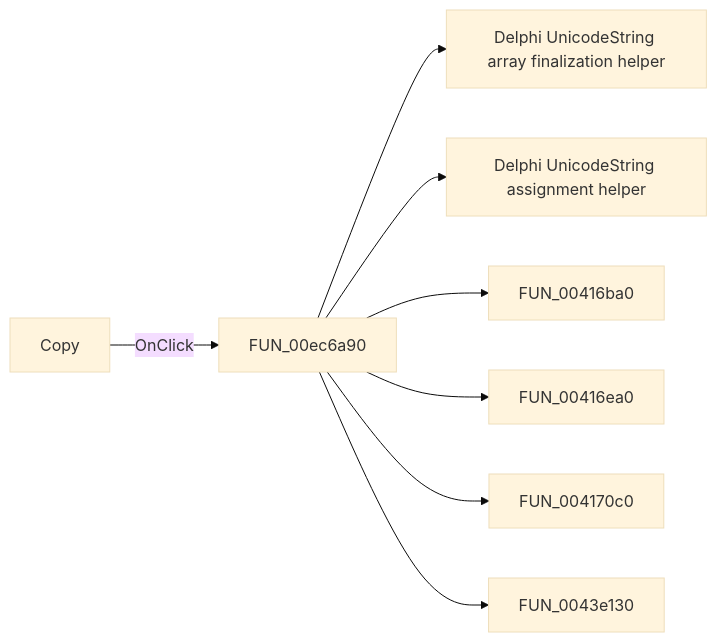
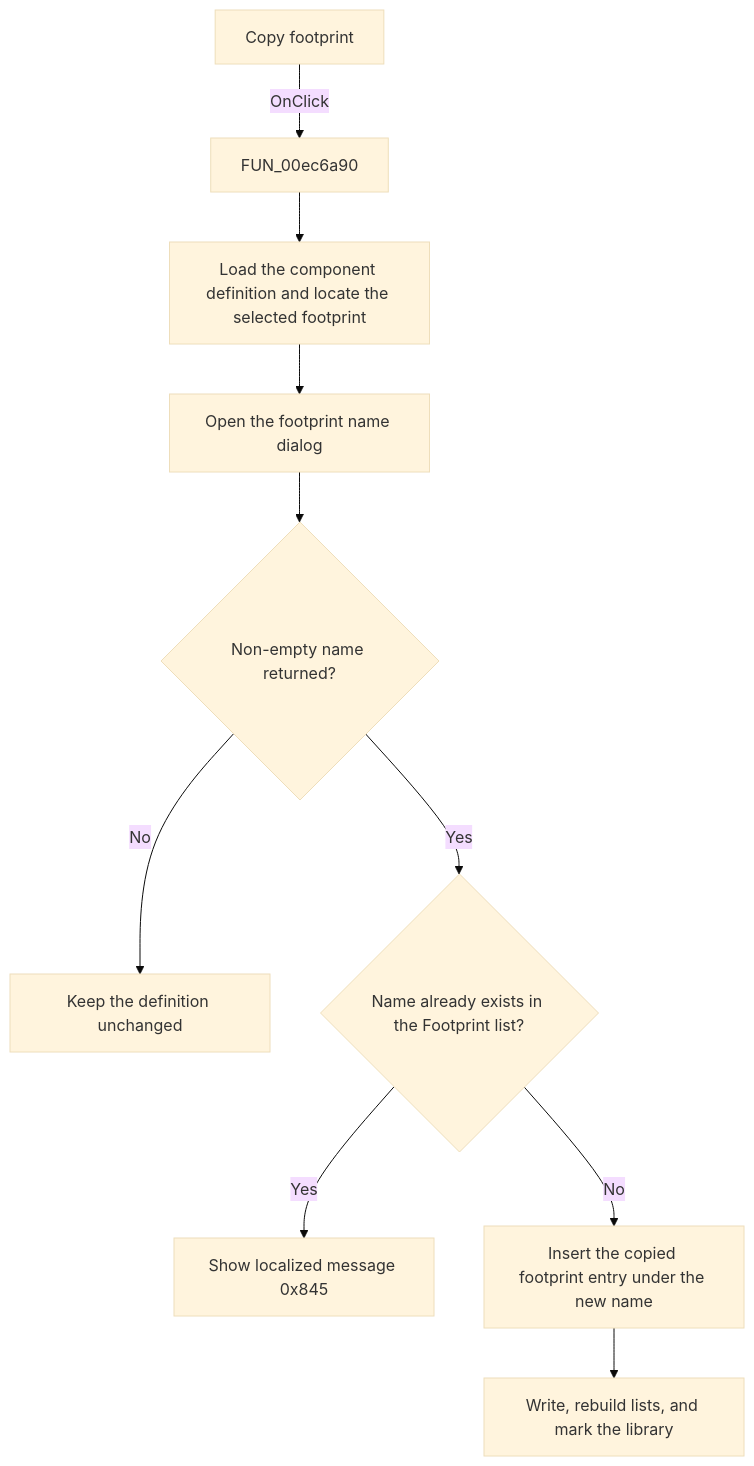
The diagram in docs/ui-controls/pcbform4/btnclonemodule-0b87bce685.md (MovGP0/TIARA), drawn with Mermaid (base theme) before and after one commit. The commit also changed other lines of this file and 1062 other files, not shown here.

````diff
--- a/docs/ui-controls/pcbform4/btnclonemodule-0b87bce685.md
+++ b/docs/ui-controls/pcbform4/btnclonemodule-0b87bce685.md
@@ -27,10 +31,12 @@
 ```mermaid
-flowchart LR
-    control["Copy"] -->|OnClick| handler["FUN_00ec6a90"]
-    handler --> call1["Delphi UnicodeString array finalization helper"]
-    handler --> call2["Delphi UnicodeString assignment helper"]
-    handler --> call3["FUN_00416ba0"]
-    handler --> call4["FUN_00416ea0"]
-    handler --> call5["FUN_004170c0"]
-    handler --> call6["FUN_0043e130"]
+flowchart TD
+    control["Copy footprint"] -->|OnClick| handler["FUN_00ec6a90"]
+    handler --> locate["Load the component definition and locate the selected footprint"]
+    locate --> prompt["Open the footprint name dialog"]
+    prompt --> name{"Non-empty name returned?"}
+    name -->|No| noChange["Keep the definition unchanged"]
+    name -->|Yes| duplicate{"Name already exists in the Footprint list?"}
+    duplicate -->|Yes| error["Show localized message 0x845"]
+    duplicate -->|No| copy["Insert the copied footprint entry under the new name"]
+    copy --> refresh["Write, rebuild lists, and mark the library"]
 ```
````
